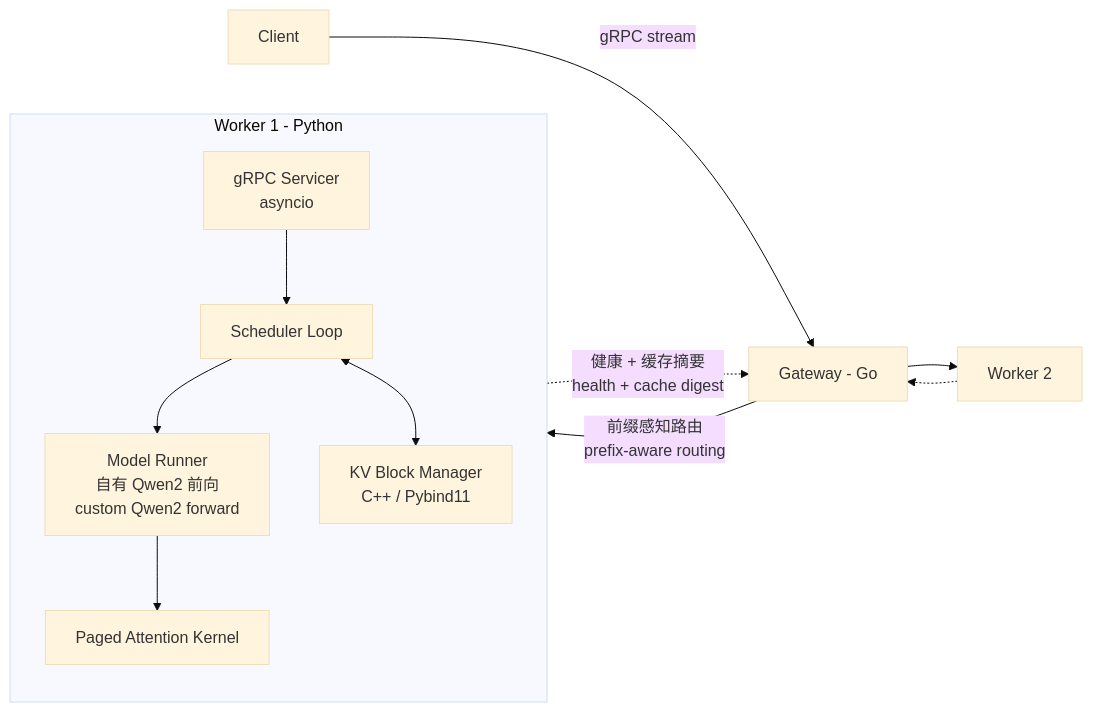
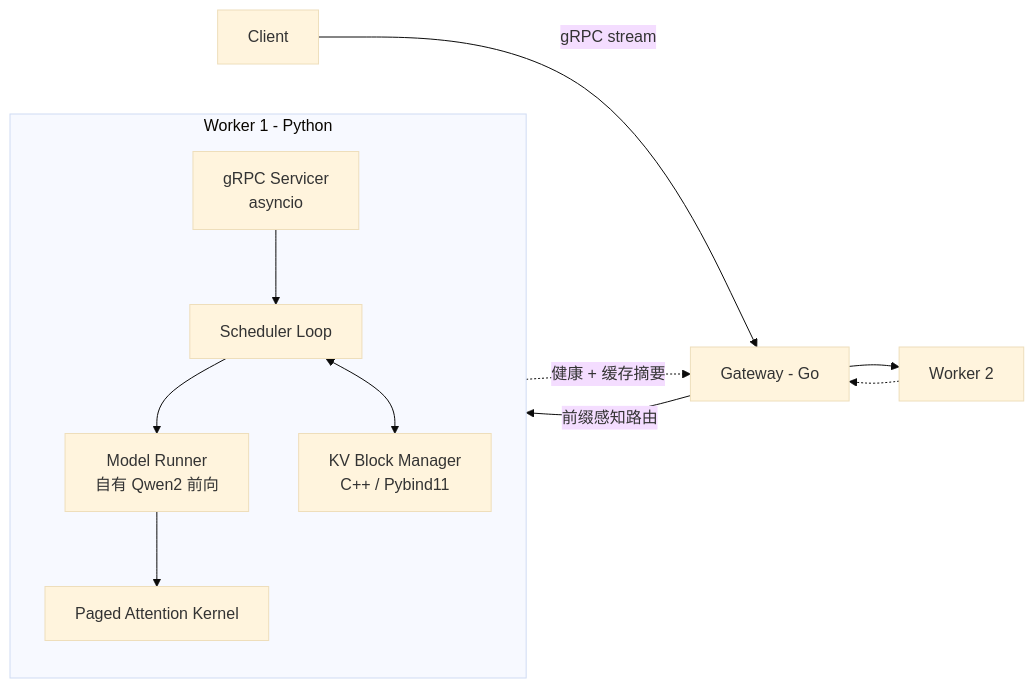
One commit to stanzixinwan/distie changed the first of 2 diagrams in proposal.md. Above: the diagram before and after it, drawn with Mermaid (base theme). The commit also changed other lines of this file and 1 other file, not shown here.

````diff
--- a/proposal.md
+++ b/proposal.md
@@ -49,14 +32,14 @@
 ```mermaid
 flowchart LR
     C[Client] -->|gRPC stream| R[Gateway - Go]
-    R -->|前缀感知路由<br/>prefix-aware routing| W1
+    R -->|前缀感知路由| W1
     R --> W2[Worker 2]
-    W1 -.->|健康 + 缓存摘要<br/>health + cache digest| R
+    W1 -.->|健康 + 缓存摘要| R
     W2 -.-> R
     subgraph W1[Worker 1 - Python]
         S[gRPC Servicer<br/>asyncio] --> Q[Scheduler Loop]
-        Q --> M[Model Runner<br/>自有 Qwen2 前向<br/>custom Qwen2 forward]
+        Q --> M[Model Runner<br/>自有 Qwen2 前向]
         M --> K[Paged Attention Kernel]
         Q <--> B[KV Block Manager<br/>C++ / Pybind11]
     end
 ```
````
